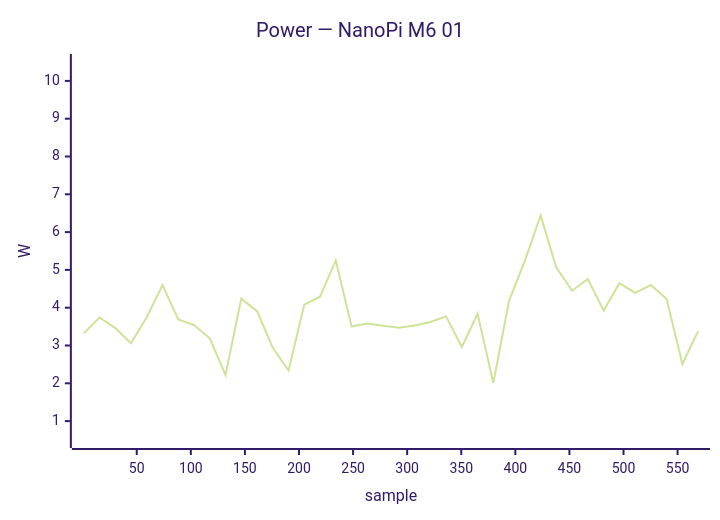
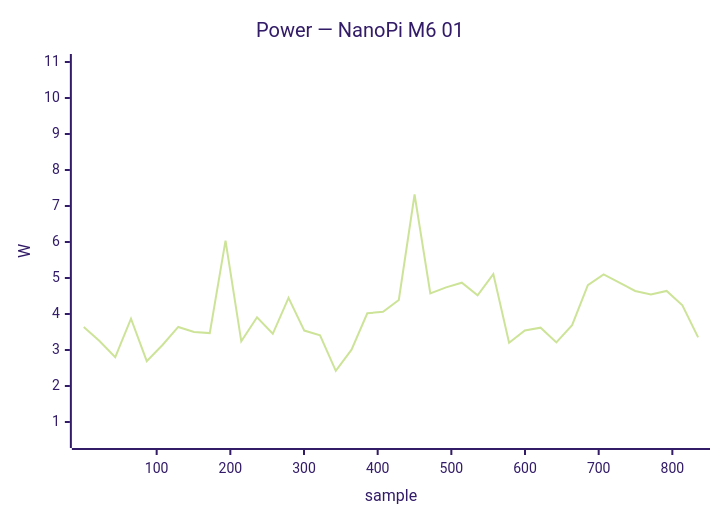
One commit to armbian/documentation changed diagram 15 of 33 in docs/status/board-tests.md. Above: the diagram before and after it, drawn with Mermaid (forest theme). The commit also changed other lines of this file, not shown here.

````diff
--- a/docs/status/board-tests.md
+++ b/docs/status/board-tests.md
@@ -874,7 +813,7 @@
 ```mermaid
 xychart-beta
     title "Power — NanoPi M6 01"
-    x-axis "sample" 1 --> 569
-    y-axis "W" 0.5 --> 10.5
-    line [3.32, 3.74, 3.46, 3.06, 3.75, 4.60, 3.69, 3.54, 3.19, 2.22, 4.24, 3.91, 2.94, 2.34, 4.08, 4.29, 5.25, 3.50, 3.58, 3.52, 3.47, 3.53, 3.62, 3.77, 2.96, 3.84, 2.01, 4.19, 5.24, 6.44, 5.06, 4.45, 4.76, 3.92, 4.65, 4.39, 4.60, 4.23, 2.51, 3.38]
+    x-axis "sample" 1 --> 835
+    y-axis "W" 0.5 --> 11.0
+    line [3.64, 3.25, 2.80, 3.87, 2.69, 3.14, 3.64, 3.50, 3.47, 6.04, 3.24, 3.91, 3.45, 4.45, 3.54, 3.41, 2.42, 3.01, 4.02, 4.06, 4.39, 7.32, 4.57, 4.74, 4.87, 4.52, 5.11, 3.20, 3.54, 3.62, 3.21, 3.69, 4.80, 5.10, 4.87, 4.64, 4.54, 4.64, 4.24, 3.35]
 ```
````
